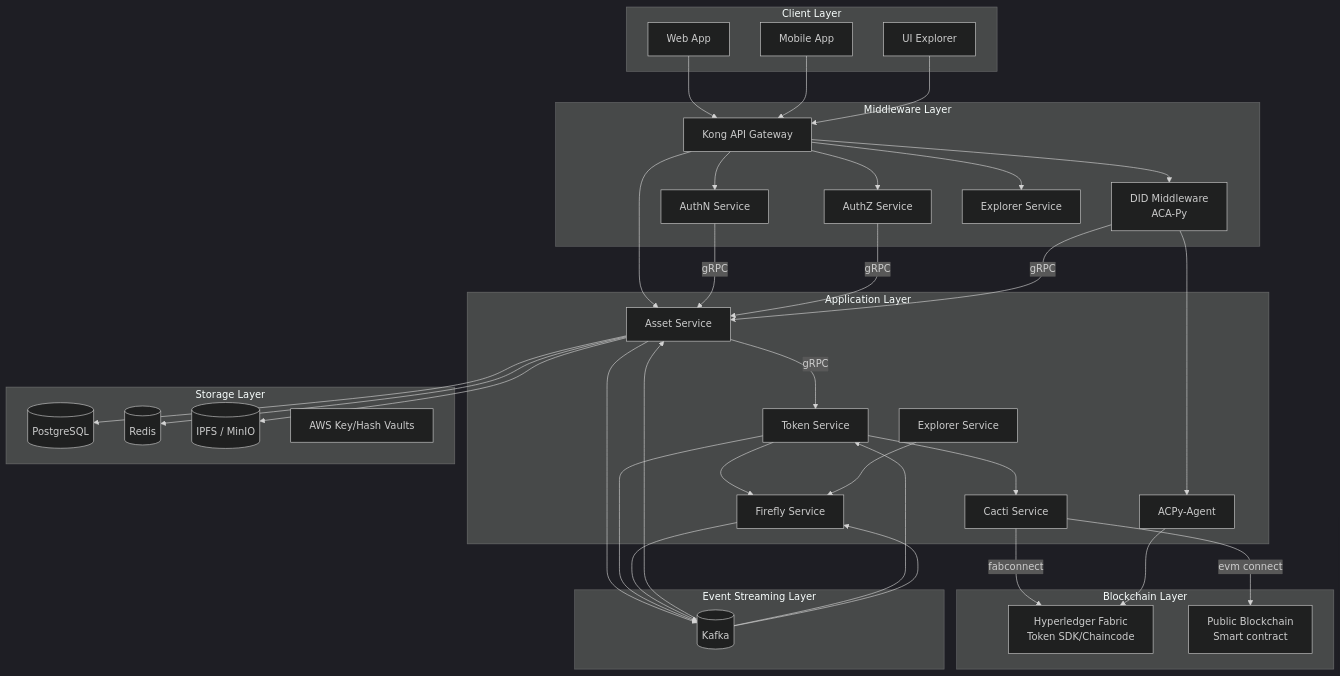
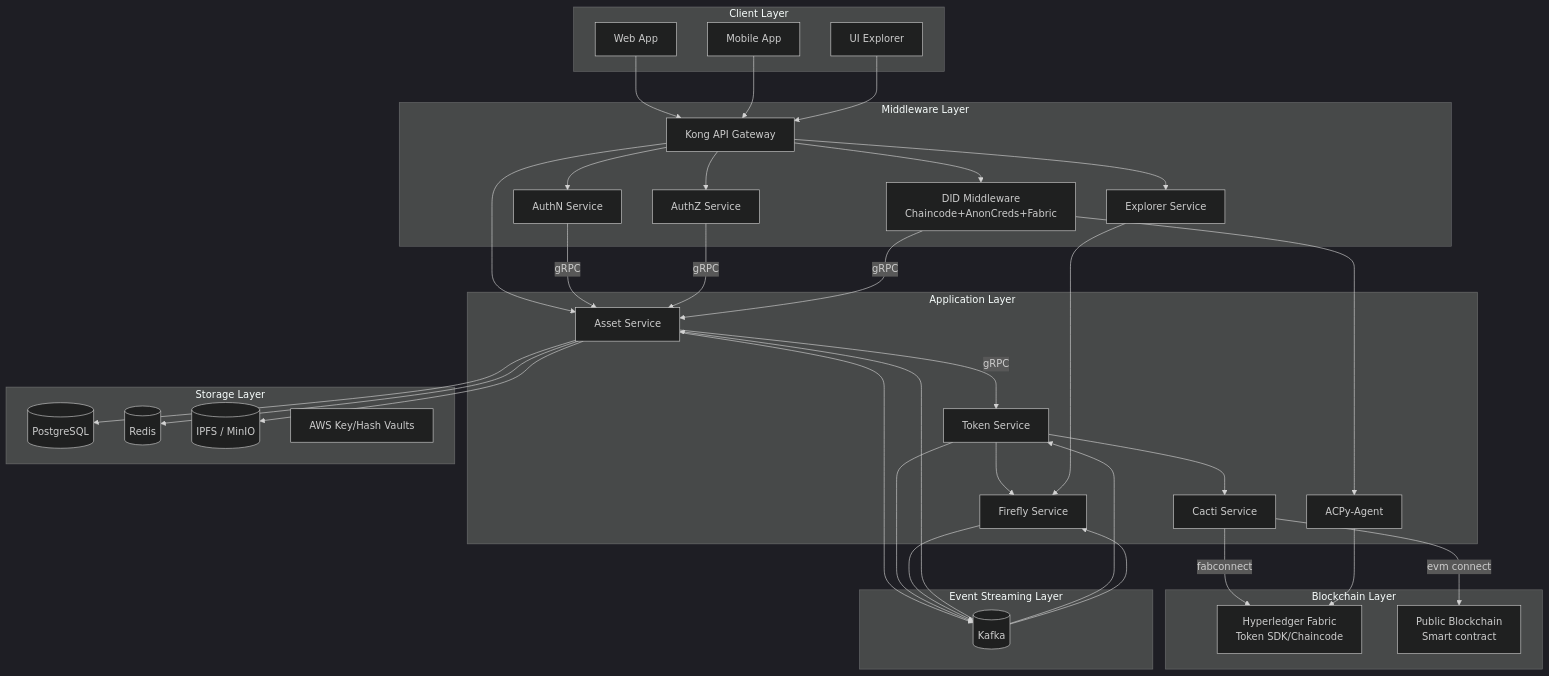
The diagram in docs/technical-design.en.md (metafi-blockchain/metafi-digital-assets-service), drawn with Mermaid (dark theme) before and after one commit. The commit also changed other lines of this file and 1 other file, not shown here.

````diff
--- a/docs/technical-design.en.md
+++ b/docs/technical-design.en.md
@@ -7,81 +7,80 @@
 ```mermaid
 graph TD
     %% Client Layer
     subgraph "Client Layer"
         Web[Web App]
         Mobile[Mobile App]
         Explorer[UI Explorer]
     end
 
     %% Middleware Layer
     subgraph "Middleware Layer"
         Gateway[Kong API Gateway]
         AuthN[AuthN Service]
         AuthZ[AuthZ Service]
-        DID["DID Middleware<br/>ACA-Py"]
+        DID["DID Middleware<br/>Chaincode+AnonCreds+Fabric"]
         ExplorerService[Explorer Service]
     end
 
     %% Application Layer
     subgraph "Application Layer"
         Asset[Asset Service]
         Token[Token Service]
         Firefly[Firefly Service]
         Cacti[Cacti Service]
-        ExplorerServiceApp[Explorer Service]
         ACAPy[ACPy-Agent]
     end
 
     %% Blockchain Layer
     subgraph "Blockchain Layer"
         Fabric["Hyperledger Fabric<br/>Token SDK/Chaincode"]
         PublicChain["Public Blockchain<br/>Smart contract"]
     end
 
     %% Storage Layer
     subgraph "Storage Layer"
         DB[(PostgreSQL)]
         Cache[(Redis)]
         Storage[(IPFS / MinIO)]
         KeyVaults[AWS Key/Hash Vaults]
     end
 
     %% Event Streaming Layer
     subgraph "Event Streaming Layer"
         Kafka[(Kafka)]
     end
 
     Web --> Gateway
     Mobile --> Gateway
     Explorer --> Gateway
 
     Gateway --> AuthN
     Gateway --> AuthZ
     Gateway --> Asset
     Gateway --> DID
     Gateway --> ExplorerService
 
     AuthN --> |gRPC|Asset
     AuthZ -->|gRPC|Asset
     DID --> |gRPC|Asset
 
     Asset --> |gRPC|Token
     Token --> Firefly
     Token --> Cacti
     Cacti -->|fabconnect| Fabric
     Cacti -->|evm connect| PublicChain
 
     Asset --> DB
     Asset --> Cache
     Asset --> Storage
     DID -->ACAPy
     ACAPy -->Fabric
 
     Asset --> Kafka
     Kafka --> Asset
     Token --> Kafka
     Kafka --> Token
     Firefly --> Kafka
     Kafka --> Firefly
-    ExplorerServiceApp --> Firefly
+    ExplorerService --> Firefly
 ```
````
